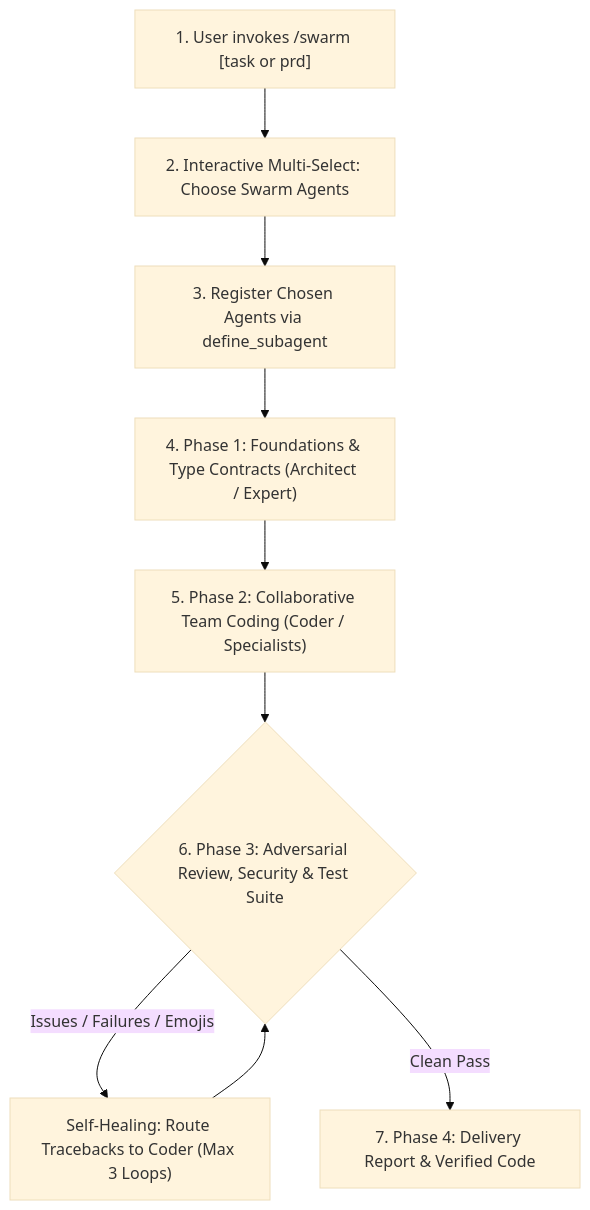
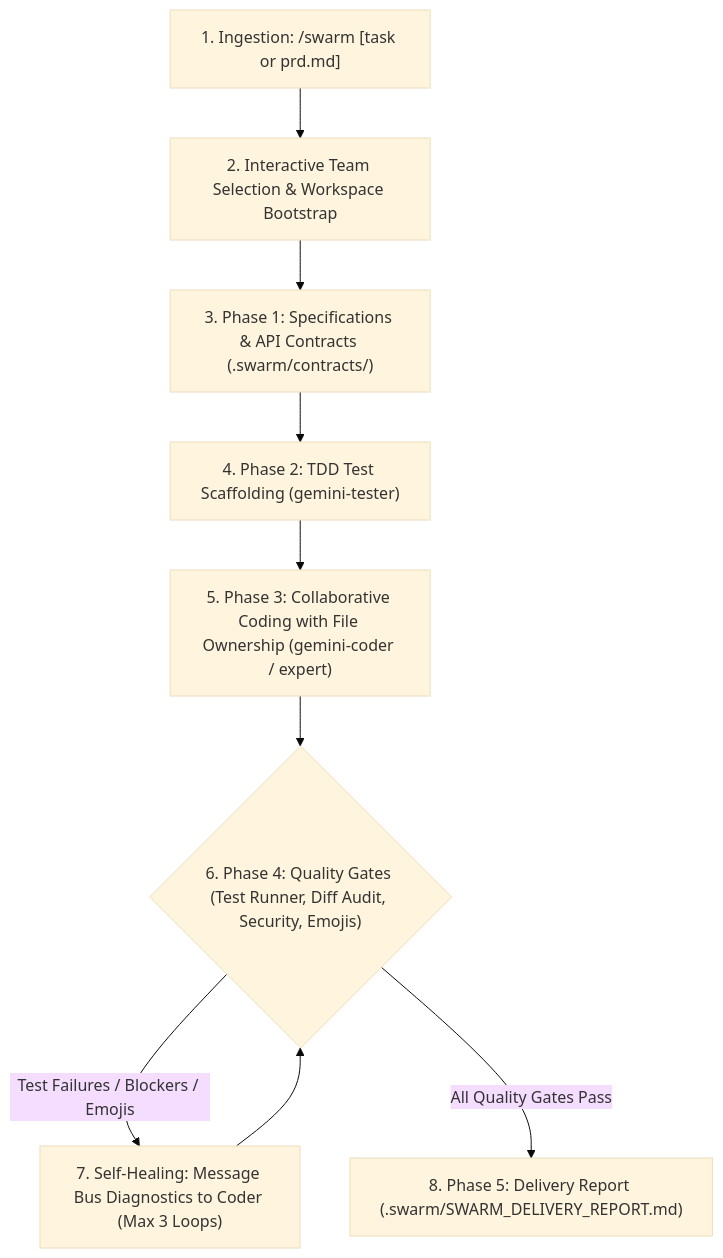
The diagram in README.md (berlin-566/-agents), drawn with Mermaid (base theme) before and after one commit. The commit also changed other lines of this file and 12 other files, not shown here.

Commit message:
feat: upgrade /swarm to autonomous multi-agent engineering team with live subagent coding, inter-agent bus, and automated quality gates

````diff
--- a/README.md
+++ b/README.md
@@ -55,11 +59,11 @@
 ```mermaid
 flowchart TD
-    Trigger["1. User invokes /swarm [task or prd]"] --> Select["2. Interactive Multi-Select: Choose Swarm Agents"]
-    Select --> Register["3. Register Chosen Agents via define_subagent"]
-    Register --> Spec["4. Phase 1: Foundations & Type Contracts (Architect / Expert)"]
-    Spec --> Code["5. Phase 2: Collaborative Team Coding (Coder / Specialists)"]
-    Code --> Audit{"6. Phase 3: Adversarial Review, Security & Test Suite"}
-    Audit -- "Issues / Failures / Emojis" --> Repair["Self-Healing: Route Tracebacks to Coder (Max 3 Loops)"]
-    Repair --> Audit
-    Audit -- "Clean Pass" --> Done["7. Phase 4: Delivery Report & Verified Code"]
+    Trigger["1. Ingestion: /swarm [task or prd.md]"] --> Select["2. Interactive Team Selection & Workspace Bootstrap"]
+    Select --> Spec["3. Phase 1: Specifications & API Contracts (.swarm/contracts/)"]
+    Spec --> TDD["4. Phase 2: TDD Test Scaffolding (gemini-tester)"]
+    TDD --> Code["5. Phase 3: Collaborative Coding with File Ownership (gemini-coder / expert)"]
+    Code --> Gates{"6. Phase 4: Quality Gates (Test Runner, Diff Audit, Security, Emojis)"}
+    Gates -- "Test Failures / Blockers / Emojis" --> Heal["7. Self-Healing: Message Bus Diagnostics to Coder (Max 3 Loops)"]
+    Heal --> Gates
+    Gates -- "All Quality Gates Pass" --> Delivery["8. Phase 5: Delivery Report (.swarm/SWARM_DELIVERY_REPORT.md)"]
 ```
````
